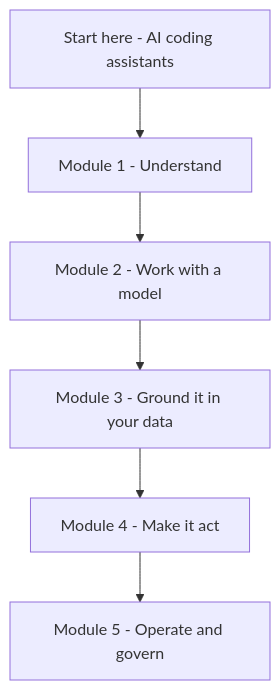
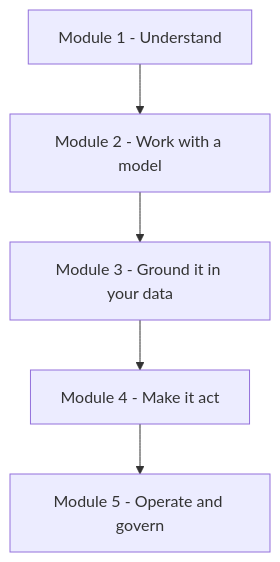
One commit to namphuongtran/ai-vault changed the diagram in content/en/foundations/_index.md. Above: the diagram before and after it, drawn with Mermaid. The commit also changed other lines of this file and 55 other files, not shown here.

````diff
--- a/content/en/foundations/_index.md
+++ b/content/en/foundations/_index.md
@@ -30,8 +30,7 @@
 ```mermaid
 flowchart TB
-    Start[Start here - AI coding assistants] --> M1[Module 1 - Understand]
-    M1 --> M2[Module 2 - Work with a model]
+    M1[Module 1 - Understand] --> M2[Module 2 - Work with a model]
     M2 --> M3[Module 3 - Ground it in your data]
     M3 --> M4[Module 4 - Make it act]
     M4 --> M5[Module 5 - Operate and govern]
 ```
````
